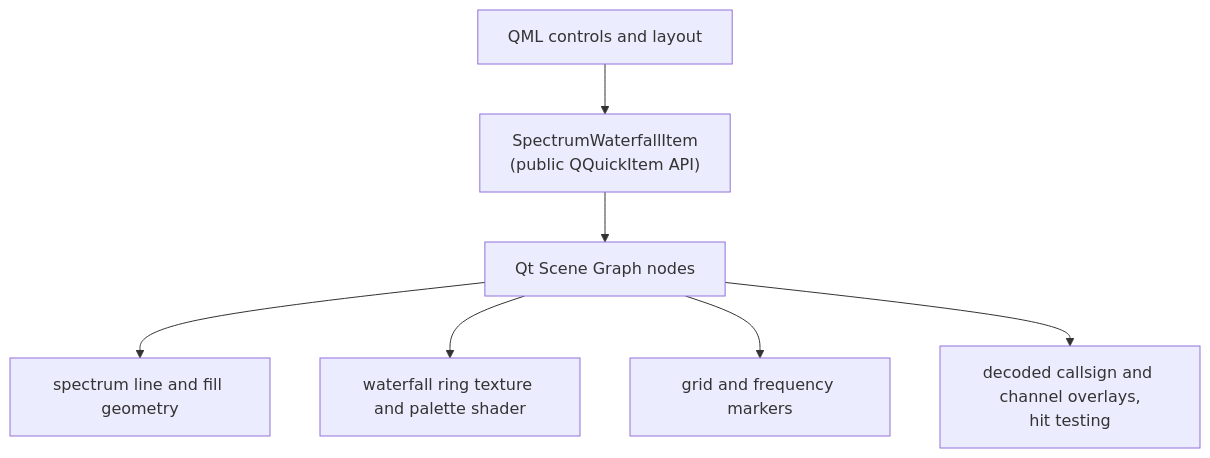
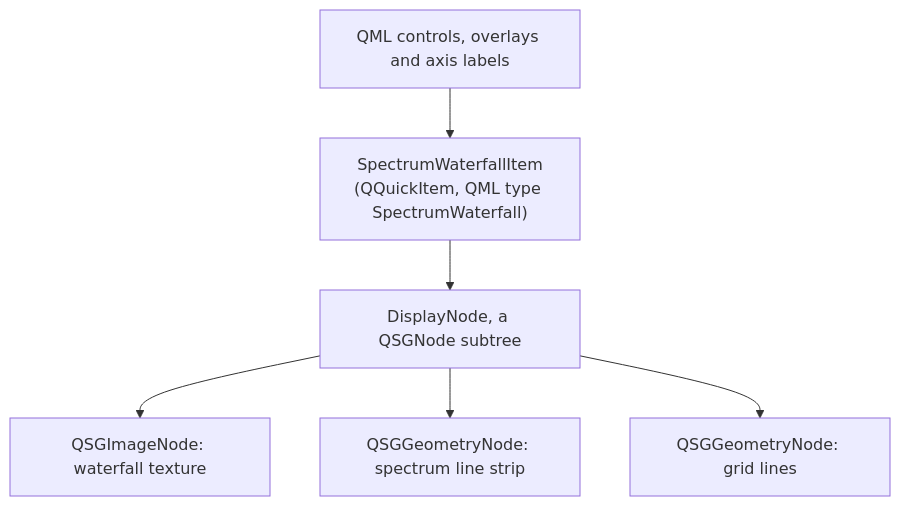
Before and after one commit to alessiobravi/CW-Assistant: the diagram in docs/decisions/0001-qt-quick-spectrum-renderer.md, drawn with Mermaid. The commit also changed other lines of this file and 39 other files, not shown here.

````diff
--- a/docs/decisions/0001-qt-quick-spectrum-renderer.md
+++ b/docs/decisions/0001-qt-quick-spectrum-renderer.md
@@ -19,9 +19,8 @@
 ```mermaid
 flowchart TB
-  QML["QML controls and layout"] --> ITEM["SpectrumWaterfallItem<br/>(public QQuickItem API)"]
-  ITEM --> SG["Qt Scene Graph nodes"]
-  SG --> N1["spectrum line and fill geometry"]
-  SG --> N2["waterfall ring texture and palette shader"]
-  SG --> N3["grid and frequency markers"]
-  SG --> N4["decoded callsign and channel overlays,<br/>hit testing"]
+  QML["QML controls, overlays and axis labels"] --> ITEM["SpectrumWaterfallItem<br/>(QQuickItem, QML type SpectrumWaterfall)"]
+  ITEM --> SG["DisplayNode, a QSGNode subtree"]
+  SG --> N1["QSGImageNode: waterfall texture"]
+  SG --> N2["QSGGeometryNode: spectrum line strip"]
+  SG --> N3["QSGGeometryNode: grid lines"]
 ```
````
